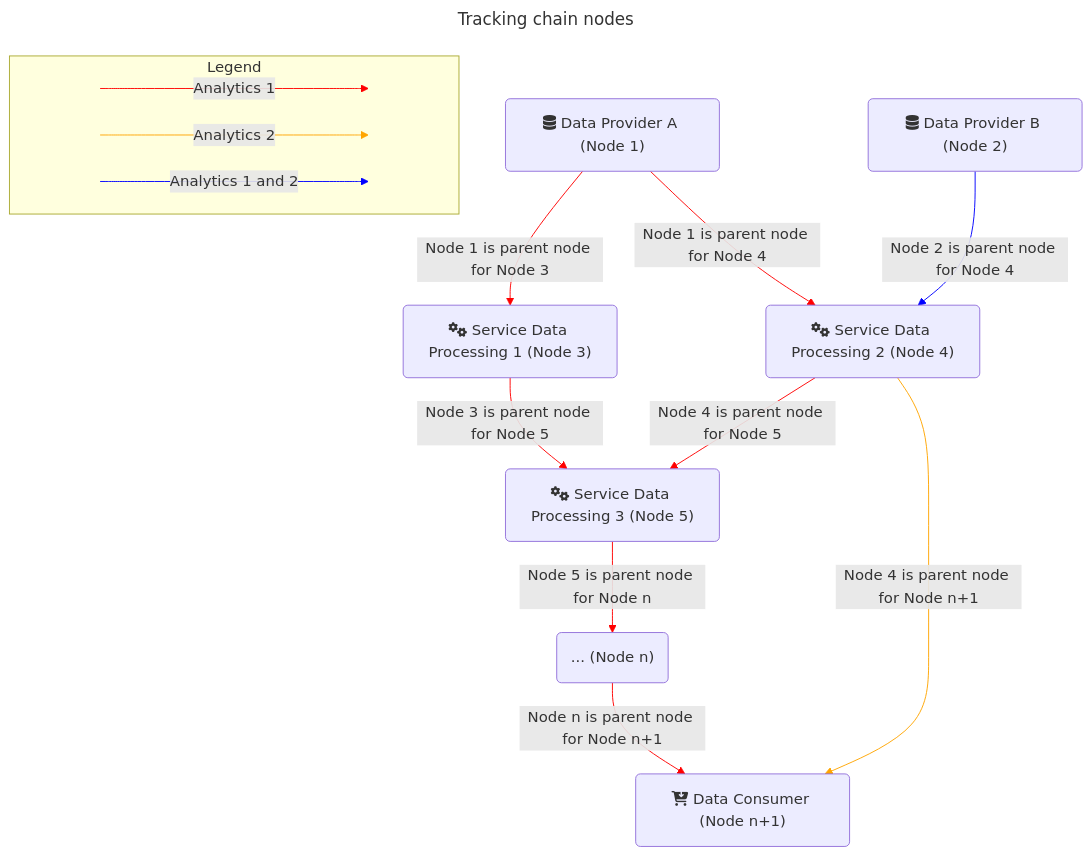
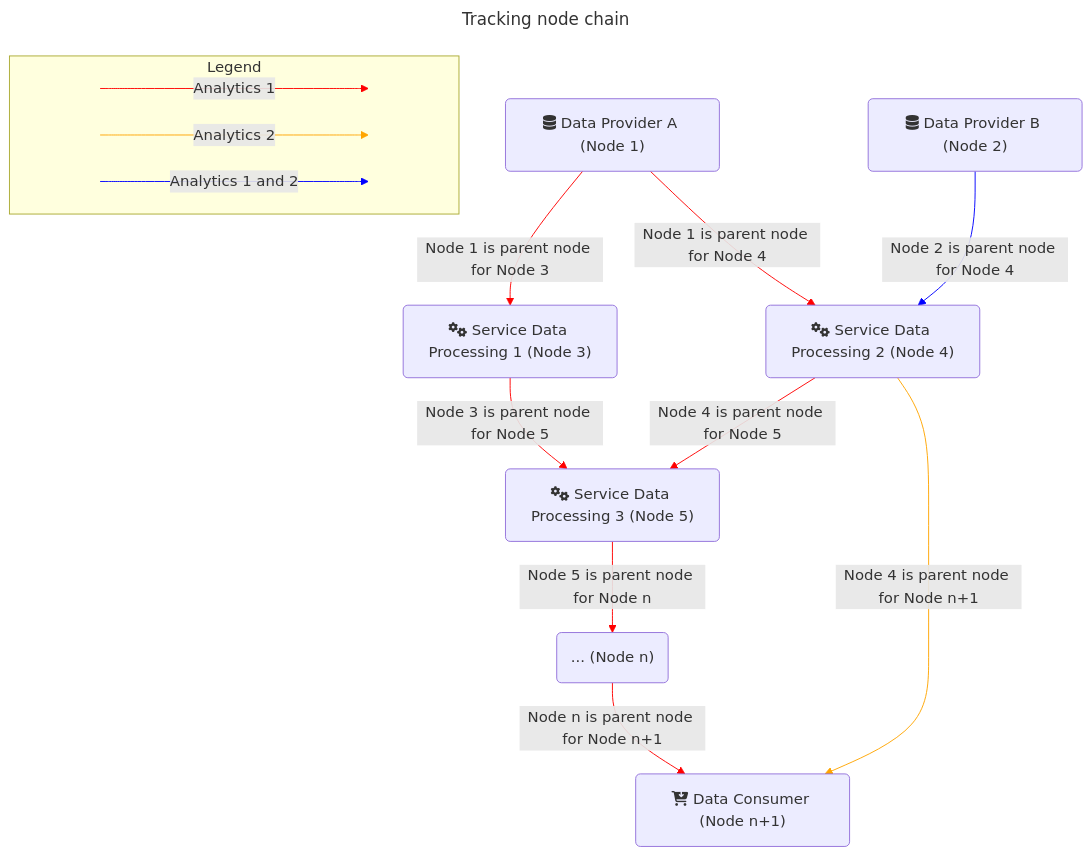
One commit to Prometheus-X-association/data-value-chain-tracker changed the first of 6 diagrams in docs/design-document.md. Above: the diagram before and after it, drawn with Mermaid. The commit also changed other lines of this file, not shown here.

````diff
--- a/docs/design-document.md
+++ b/docs/design-document.md
@@ -12,52 +12,52 @@
 ```mermaid
 ---
-title: Tracking chain nodes
+title: Tracking node chain
 ---
 flowchart TD
 %% Nodes
     A("fa:fa-database Data Provider A (Node 1)")
     B("fa:fa-database Data Provider B (Node 2)")
     C("fa:fa-gears Service Data Processing 1 (Node 3)")
     D("fa:fa-gears Service Data Processing 2 (Node 4)")
     E("fa:fa-gears Service Data Processing 3 (Node 5)")
     F("... (Node n)")
     G("fa:fa-cart-arrow-down Data Consumer (Node n+1)")
 
 %% Edge connections between nodes
     A -- Node 1 is parent node for Node 3 --> C
     A -- Node 1 is parent node for Node 4 --> D
     B -- Node 2 is parent node for Node 4 --> D
     C -- Node 3 is parent node for Node 5 --> E
     D -- Node 4 is parent node for Node 5 --> E
     E -- Node 5 is parent node for Node n --> F
     F -- Node n is parent node for Node n+1 --> G
     D -- Node 4 is parent node for Node n+1 --> G
 
 %% Add legend
     subgraph Legend
       direction LR
       start1[ ] --->|Analytics 1| stop1[ ]
       style start1 height:0px;
       style stop1 height:0px;
       start2[ ] --->|Analytics 2| stop2[ ]
       style start2 height:0px;
       style stop2 height:0px;
       start3[ ] --->|Analytics 1 and 2| stop3[ ]
       style start3 height:0px;
       style stop3 height:0px; 
     end
 
 %% Styling the arrow to fit with the legend
     linkStyle 0 stroke:red;
     linkStyle 1 stroke:red;
     linkStyle 2 stroke:Blue;
     linkStyle 3 stroke:red;
     linkStyle 4 stroke:red;
     linkStyle 5 stroke:red;
     linkStyle 6 stroke:red;
     linkStyle 7 stroke:orange;
     %% arrow legend
     linkStyle 8 stroke:red;
     linkStyle 9 stroke:orange;
     linkStyle 10 stroke:Blue;
 ```
````
